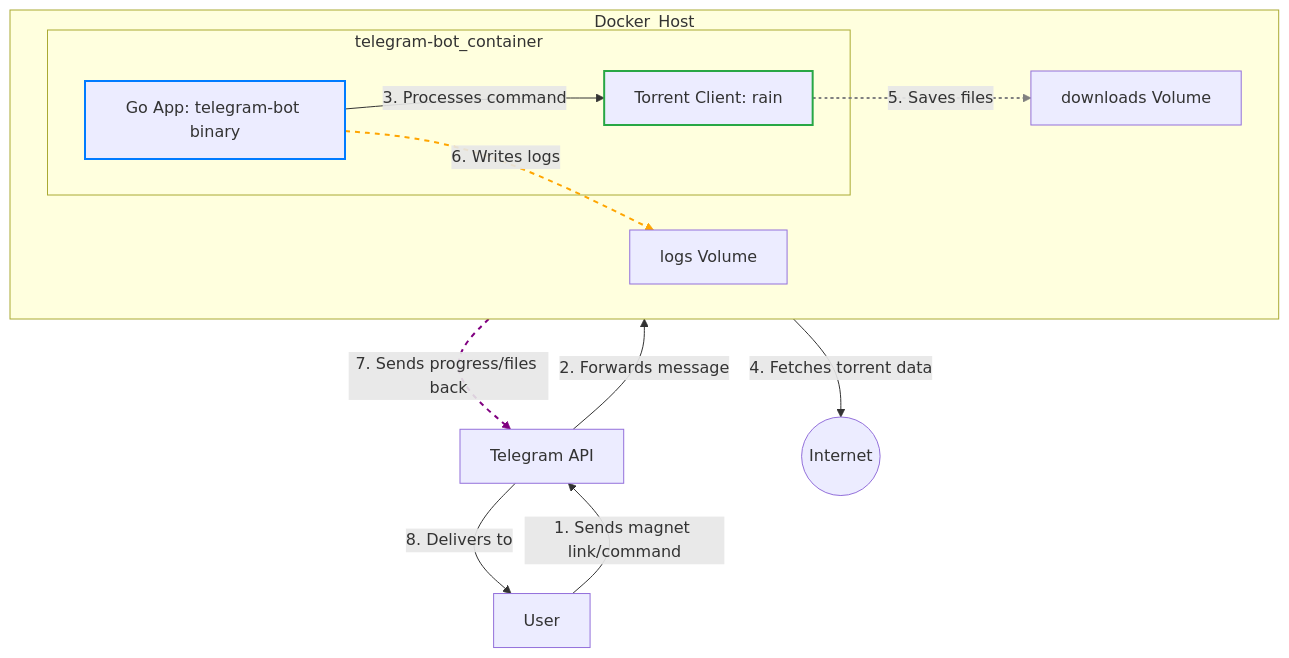
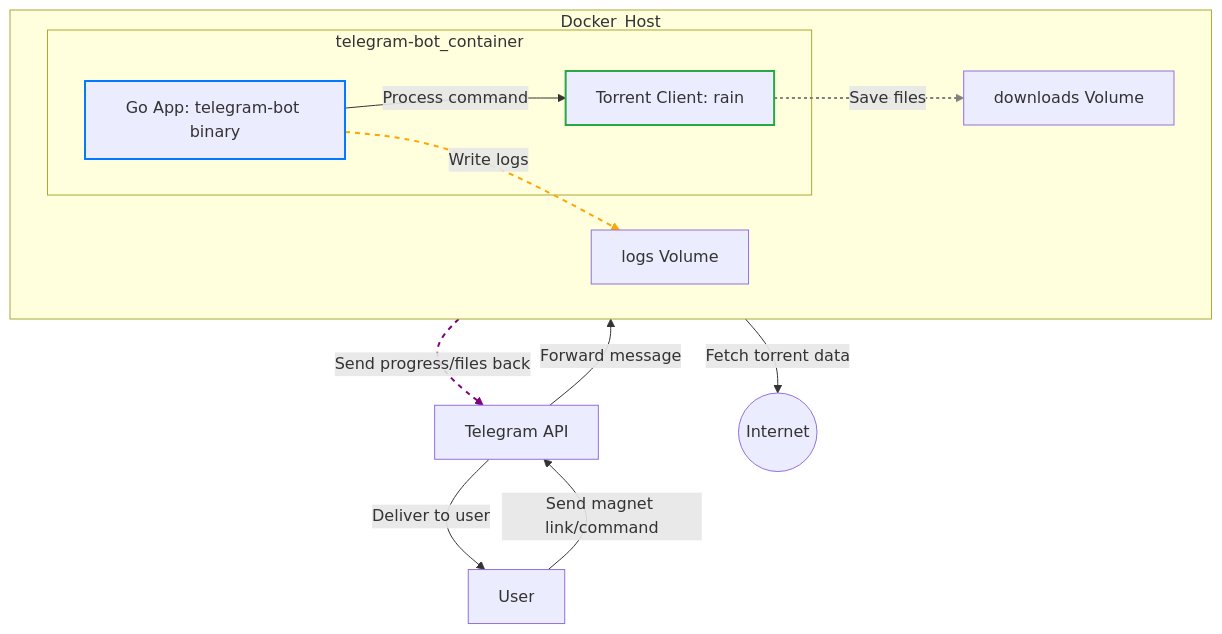
The diagram in README.md (NisoD/torrent-bot-telegram), drawn with Mermaid before and after one commit.

````diff
--- a/README.md
+++ b/README.md
@@ -35,35 +35,32 @@
 ```mermaid
 graph TD
-    %% Define actors and systems
     A[User]
     B[Telegram API]
 
     subgraph Docker_Host
         direction LR
-
         subgraph telegram-bot_container
             C[Go App: telegram-bot binary]
             D[Torrent Client: rain]
         end
-
         V1[downloads Volume]
         V2[logs Volume]
     end
 
-    %% Define interactions
-    A -- "1. Sends magnet link/command" --> B
-    B -- "2. Forwards message" --> C
-    C -- "3. Processes command" --> D
-    D -- "4. Fetches torrent data" --> E((Internet))
-    D -- "5. Saves files" --> V1
-    C -- "6. Writes logs" --> V2
-    C -- "7. Sends progress/files back" --> B
-    B -- "8. Delivers to" --> A
+    %% Define interactions (no list-like labels)
+    A -- "Send magnet link/command" --> B
+    B -- "Forward message" --> C
+    C -- "Process command" --> D
+    D -- "Fetch torrent data" --> E((Internet))
+    D -- "Save files" --> V1
+    C -- "Write logs" --> V2
+    C -- "Send progress/files back" --> B
+    B -- "Deliver to user" --> A
 
-    %% Styling (some GitHub renderers might ignore these)
+    %% Styling
     style C stroke-width:2px, stroke:#007BFF
     style D stroke-width:2px, stroke:#28a745
     linkStyle 4 stroke-width:2px,stroke:grey,stroke-dasharray: 3 3
     linkStyle 5 stroke-width:2px,stroke:orange,stroke-dasharray: 5 5
     linkStyle 6 stroke-width:2px,stroke:purple,stroke-dasharray: 5 5
 ```
````
